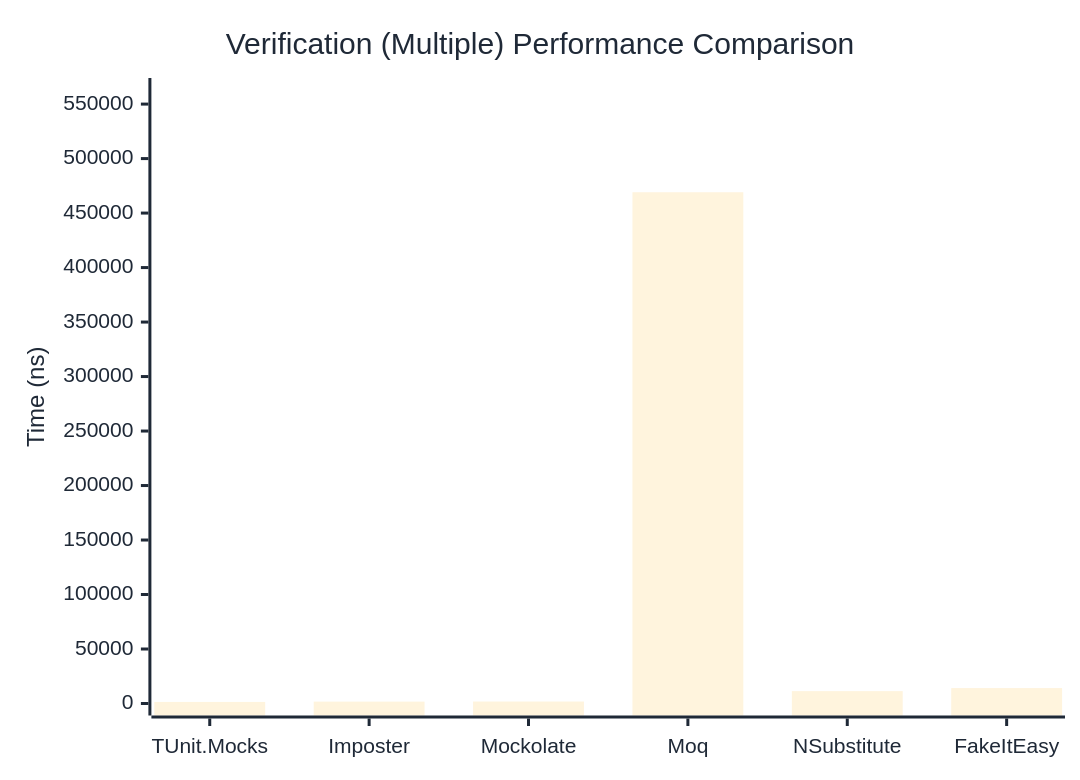
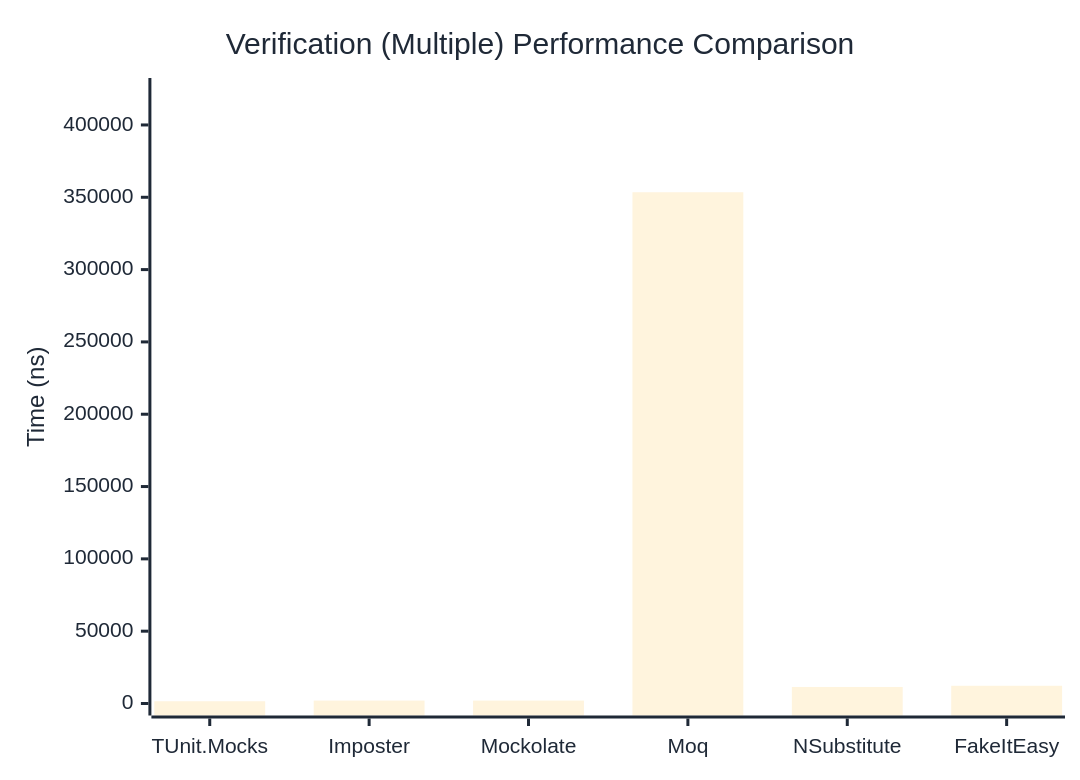
Before and after one commit to thomhurst/TUnit: the third of 3 diagrams in docs/docs/benchmarks/mocks/Verification.md, drawn with Mermaid. The commit also changed other lines of this file and 14 other files, not shown here.

````diff
--- a/docs/docs/benchmarks/mocks/Verification.md
+++ b/docs/docs/benchmarks/mocks/Verification.md
@@ -110,27 +110,27 @@
 ```mermaid
 %%{init: {
   'theme':'base',
   'themeVariables': {
     'primaryColor': '#2563eb',
     'primaryTextColor': '#1f2937',
     'primaryBorderColor': '#1e40af',
     'lineColor': '#6b7280',
     'secondaryColor': '#7c3aed',
     'tertiaryColor': '#dc2626',
     'background': '#ffffff',
     'pie1': '#2563eb',
     'pie2': '#7c3aed',
     'pie3': '#dc2626',
     'pie4': '#f59e0b',
     'pie5': '#10b981',
     'pie6': '#06b6d4',
     'pie7': '#ec4899',
     'pie8': '#6366f1'
   }
 }}%%
 xychart-beta
   title "Verification (Multiple) Performance Comparison"
   x-axis ["TUnit.Mocks", "Imposter", "Mockolate", "Moq", "NSubstitute", "FakeItEasy"]
-  y-axis "Time (ns)" 0 --> 562931
-  bar [1439.23, 1737.62, 1813.7, 469108.75, 11353.99, 14153.89]
+  y-axis "Time (ns)" 0 --> 424169
+  bar [1563.81, 2013.84, 2011.89, 353473.5, 11427.85, 12260.11]
 ```
````
